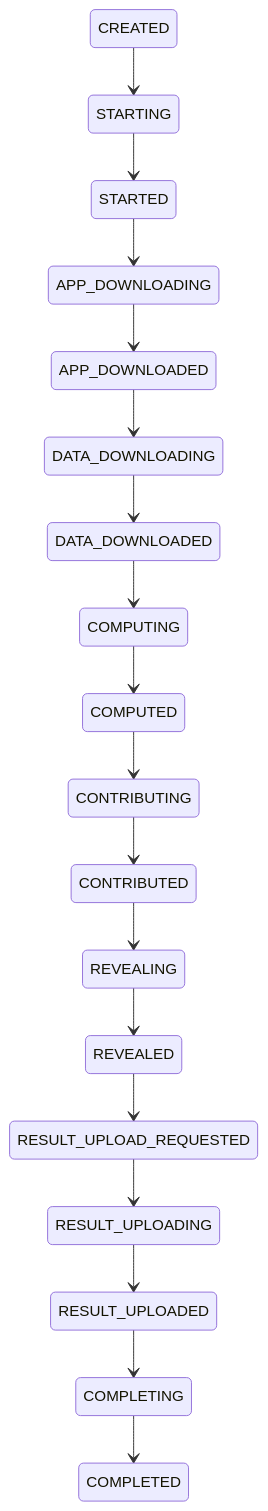
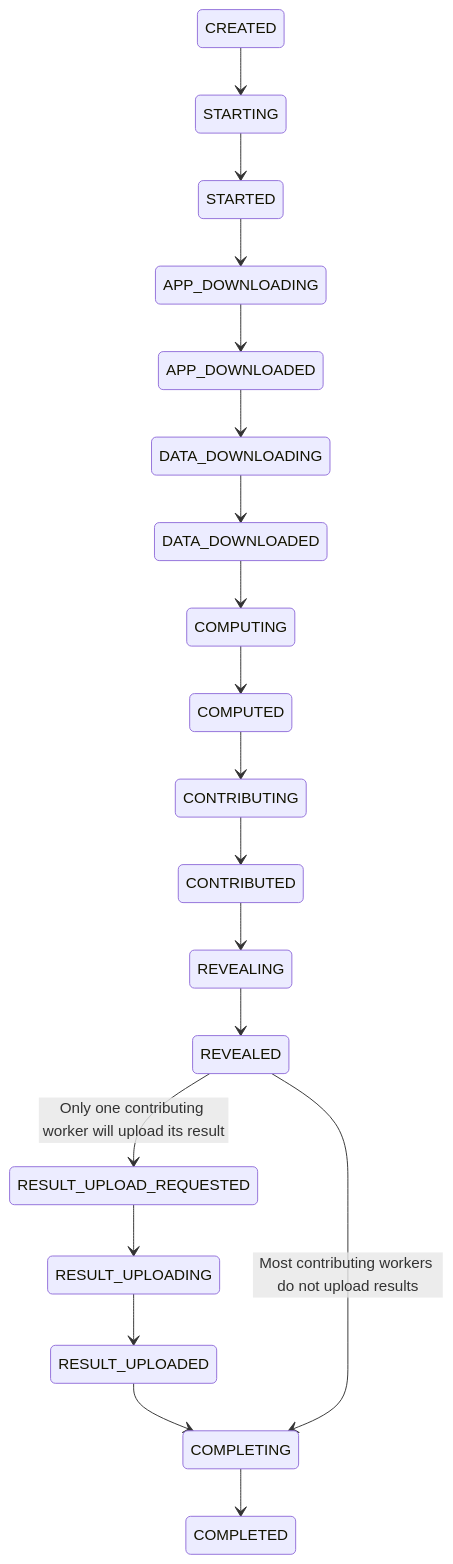
Before and after one commit to iExecBlockchainComputing/documentation: the diagram in for-developers/advanced/task-feedback.md, drawn with Mermaid.

Commit message:
Add `REVEALED` to `COMPLETING` replicate transition

````diff
--- a/for-developers/advanced/task-feedback.md
+++ b/for-developers/advanced/task-feedback.md
@@ -74,20 +74,21 @@
 ```mermaid
 stateDiagram
 CREATED --> STARTING
 STARTING --> STARTED
 STARTED --> APP_DOWNLOADING
 APP_DOWNLOADING --> APP_DOWNLOADED
 APP_DOWNLOADED --> DATA_DOWNLOADING
 DATA_DOWNLOADING --> DATA_DOWNLOADED
 DATA_DOWNLOADED --> COMPUTING
 COMPUTING --> COMPUTED
 COMPUTED --> CONTRIBUTING
 CONTRIBUTING --> CONTRIBUTED
 CONTRIBUTED --> REVEALING
 REVEALING --> REVEALED
-REVEALED --> RESULT_UPLOAD_REQUESTED
+REVEALED --> RESULT_UPLOAD_REQUESTED: Only one contributing worker will upload its result
 RESULT_UPLOAD_REQUESTED --> RESULT_UPLOADING
 RESULT_UPLOADING --> RESULT_UPLOADED
 RESULT_UPLOADED --> COMPLETING
+REVEALED --> COMPLETING: Most contributing workers do not upload results
 COMPLETING --> COMPLETED
 ```
````
